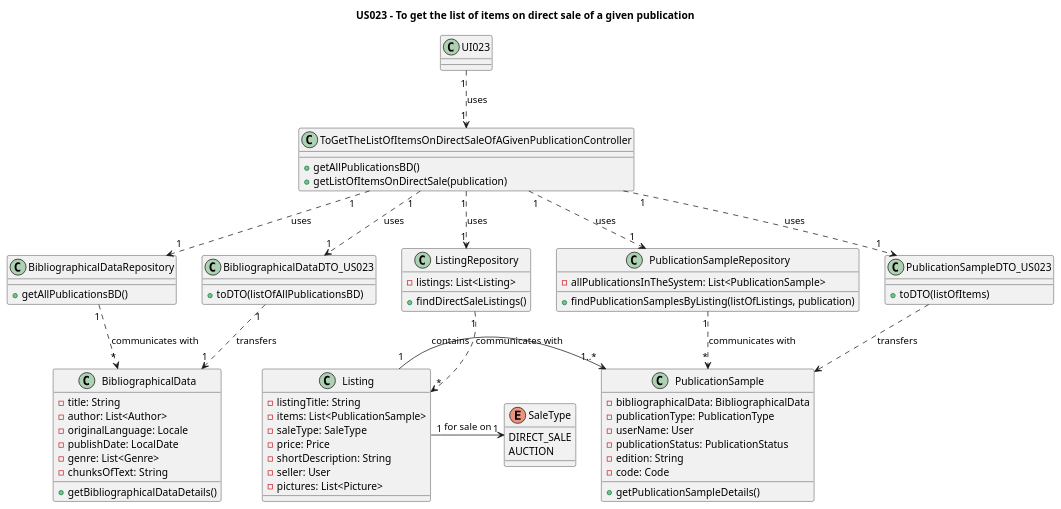
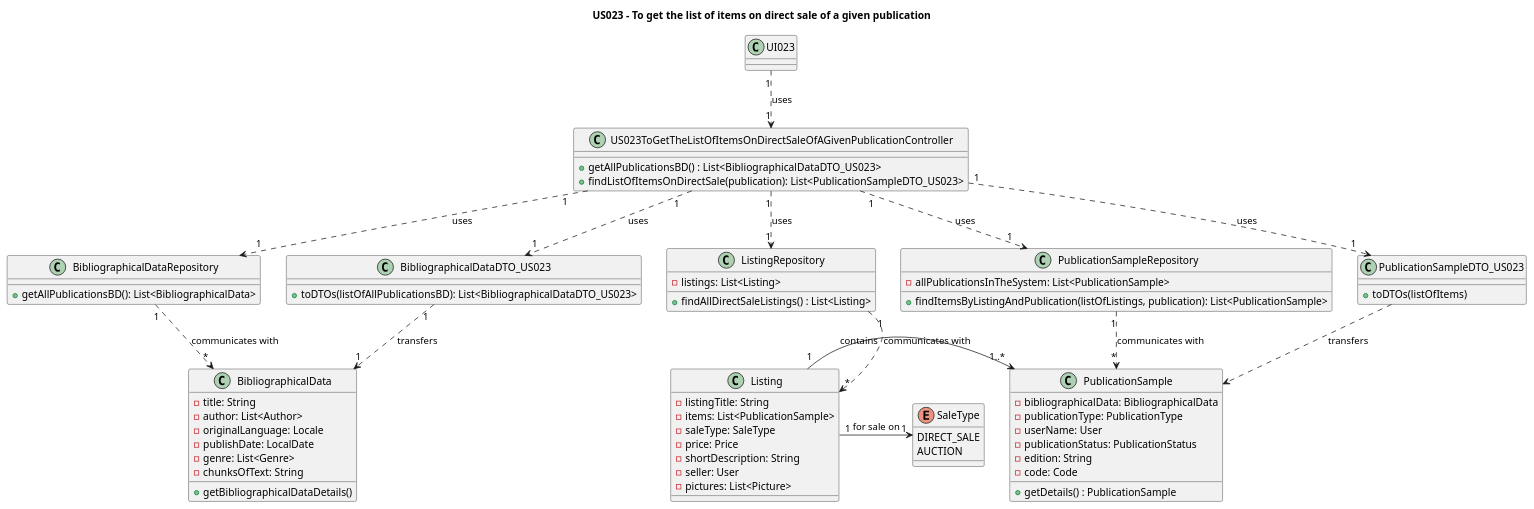
Before and after one commit to AndrePereiraGitH/SWitCH-Project-Team_A: the diagram in Diagrams/ClassDiagrams/US023-to-get-the-list-of-items-on-direct-sale-of-a-given-publication.puml, drawn with PlantUML. The commit also changed 30 other files, not shown here.

Commit message:
Refinement - implementation of unit tests and methods for US023 (Closes #203) and minor modifications on design diagrams (Closes #202)

```diff
--- a/Diagrams/ClassDiagrams/US023-to-get-the-list-of-items-on-direct-sale-of-a-given-publication.puml
+++ b/Diagrams/ClassDiagrams/US023-to-get-the-list-of-items-on-direct-sale-of-a-given-publication.puml
@@ -1,94 +1,94 @@
 @startuml
 title US023 - To get the list of items on direct sale of a given publication
 
 class UI023{
 }
 
-class ToGetTheListOfItemsOnDirectSaleOfAGivenPublicationController {
-  +getAllPublicationsBD()
-  +getListOfItemsOnDirectSale(publication)
+class US023ToGetTheListOfItemsOnDirectSaleOfAGivenPublicationController {
+  +getAllPublicationsBD() : List<BibliographicalDataDTO_US023>
+  +findListOfItemsOnDirectSale(publication): List<PublicationSampleDTO_US023>
 }
 
 class BibliographicalDataRepository{
-    +getAllPublicationsBD()
+    +getAllPublicationsBD(): List<BibliographicalData>
 }
 
 class BibliographicalDataDTO_US023 {
-  +toDTO(listOfAllPublicationsBD)
+  +toDTOs(listOfAllPublicationsBD): List<BibliographicalDataDTO_US023>
 }
 
 class BibliographicalData {
     - title: String
     - author: List<Author>
     - originalLanguage: Locale
     - publishDate: LocalDate
     - genre: List<Genre>
     - chunksOfText: String
     + getBibliographicalDataDetails()
 }
 
 class ListingRepository  {
     - listings: List<Listing>
-    + findDirectSaleListings()
+    + findAllDirectSaleListings() : List<Listing>
 }
 
 class PublicationSampleRepository {
     - allPublicationsInTheSystem: List<PublicationSample>
-    + findPublicationSamplesByListing(listOfListings, publication)
+    + findItemsByListingAndPublication(listOfListings, publication): List<PublicationSample>
 }
 
 class PublicationSampleDTO_US023 {
-    +toDTO(listOfItems)
+    +toDTOs(listOfItems)
 }
 
 class PublicationSample {
     - bibliographicalData: BibliographicalData
     - publicationType: PublicationType
     - userName: User
     - publicationStatus: PublicationStatus
     - edition: String
     - code: Code
-    + getPublicationSampleDetails()
+    + getDetails() : PublicationSample
 }
 
 class Listing {
     - listingTitle: String
     - items: List<PublicationSample>
     - saleType: SaleType
     - price: Price
     - shortDescription: String
     - seller: User
     - pictures: List<Picture>
 }
 
 enum SaleType {
     DIRECT_SALE
     AUCTION
 }
 
 ' Interactions
 
-UI023 "1" ..> "1" ToGetTheListOfItemsOnDirectSaleOfAGivenPublicationController : uses
+UI023 "1" ..> "1" US023ToGetTheListOfItemsOnDirectSaleOfAGivenPublicationController : uses
 
-ToGetTheListOfItemsOnDirectSaleOfAGivenPublicationController "1" ..> "1" BibliographicalDataRepository: uses
-ToGetTheListOfItemsOnDirectSaleOfAGivenPublicationController "1" ..> "1" BibliographicalDataDTO_US023 : uses
-ToGetTheListOfItemsOnDirectSaleOfAGivenPublicationController "1" ..> "1" ListingRepository : uses
-ToGetTheListOfItemsOnDirectSaleOfAGivenPublicationController "1" ..> "1" PublicationSampleRepository : uses
-ToGetTheListOfItemsOnDirectSaleOfAGivenPublicationController "1" ..> "1" PublicationSampleDTO_US023 : uses
+US023ToGetTheListOfItemsOnDirectSaleOfAGivenPublicationController "1" ..> "1" BibliographicalDataRepository: uses
+US023ToGetTheListOfItemsOnDirectSaleOfAGivenPublicationController "1" ..> "1" BibliographicalDataDTO_US023 : uses
+US023ToGetTheListOfItemsOnDirectSaleOfAGivenPublicationController "1" ..> "1" ListingRepository : uses
+US023ToGetTheListOfItemsOnDirectSaleOfAGivenPublicationController "1" ..> "1" PublicationSampleRepository : uses
+US023ToGetTheListOfItemsOnDirectSaleOfAGivenPublicationController "1" ..> "1" PublicationSampleDTO_US023 : uses
 
 BibliographicalDataRepository "1" ..> "*" BibliographicalData : communicates with
 
 BibliographicalDataDTO_US023 "1" ..> "1" BibliographicalData : transfers
 
 ListingRepository "1" ..> "*" Listing: communicates with
 
 PublicationSampleRepository "1" ..> "*" PublicationSample: communicates with
 
 PublicationSampleDTO_US023 ..> PublicationSample : transfers
 
 ' Domain classes interactions
 
 Listing "1" -> "1..*" PublicationSample: contains
 Listing "1" -> "1" SaleType: for sale on
 
 @enduml
```
